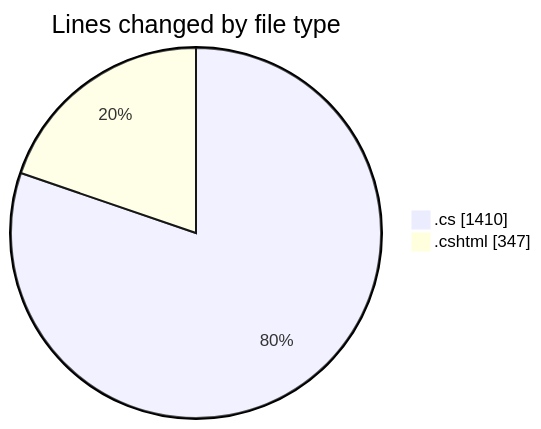
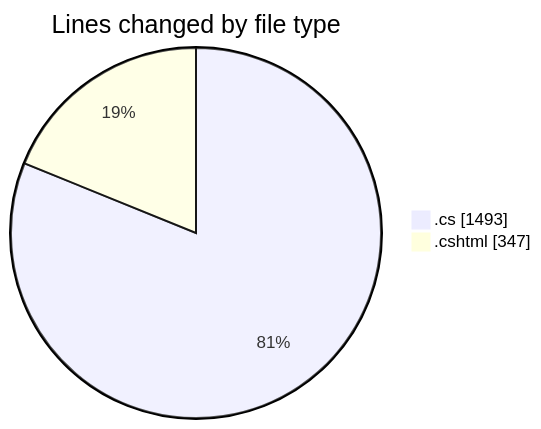
One commit to lephambinh05/code-tracking changed the first of 2 diagrams in 2025-07-24/quanlyrapchieuphim-1/README.md. Above: the diagram before and after it, drawn with Mermaid. The commit also changed other lines of this file and 1 other file, not shown here.

````diff
--- a/2025-07-24/quanlyrapchieuphim-1/README.md
+++ b/2025-07-24/quanlyrapchieuphim-1/README.md
@@ -24,6 +25,6 @@
 ```mermaid
 pie showData
 title Lines changed by file type
-".cs" : 1410
+".cs" : 1493
 ".cshtml" : 347
 ```
````
